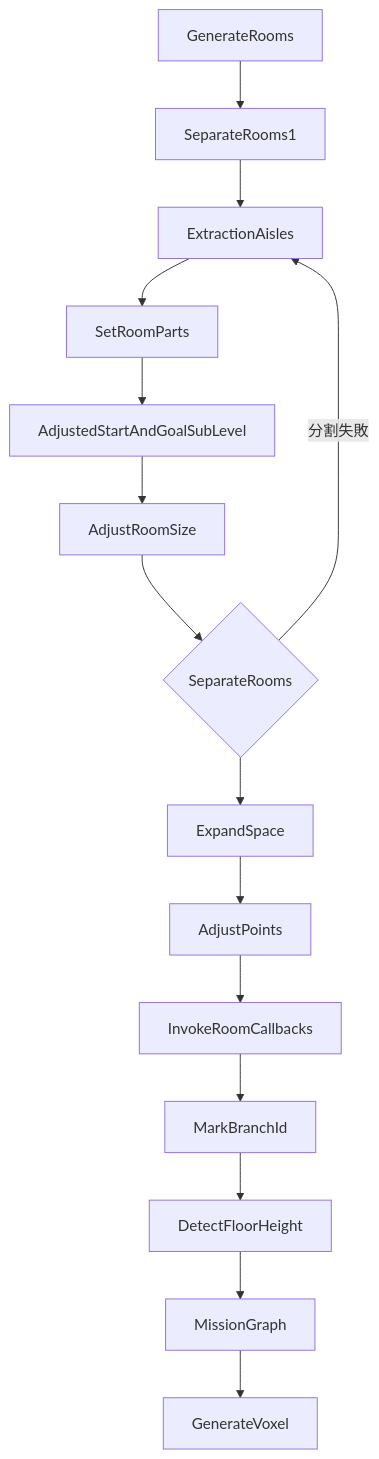
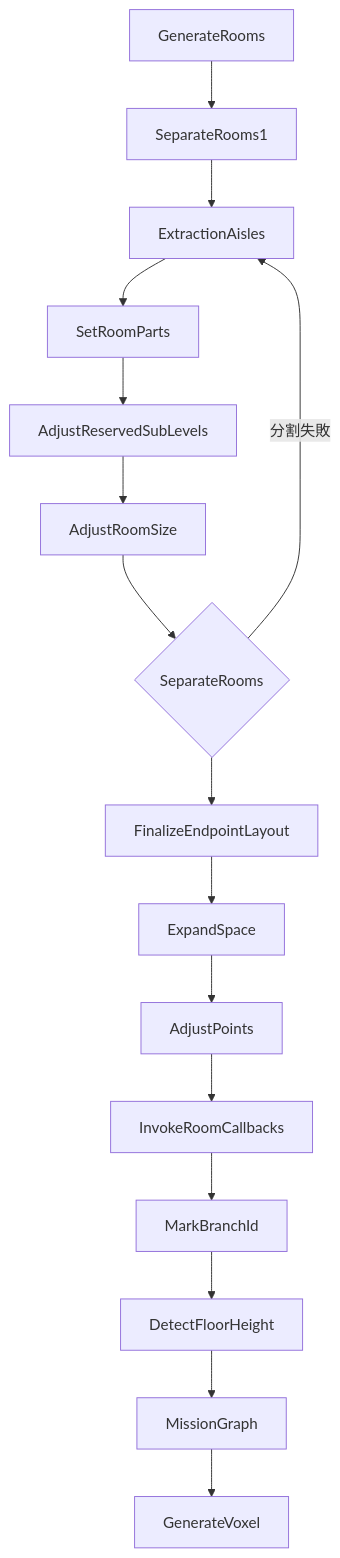
The sixth of 6 diagrams in Source/DungeonGenerator/Private/README.md (shun126/DungeonGenerator), drawn with Mermaid before and after one commit. The commit also changed other lines of this file and 332 other files, not shown here.

````diff
--- a/Source/DungeonGenerator/Private/README.md
+++ b/Source/DungeonGenerator/Private/README.md
@@ -132,18 +133,19 @@
 ```mermaid
 graph TD;
 GenerateRooms --> SeparateRooms1
 SeparateRooms1 --> ExtractionAisles
 ExtractionAisles --> SetRoomParts
-SetRoomParts --> AdjustedStartAndGoalSubLevel
-AdjustedStartAndGoalSubLevel --> AdjustRoomSize
+SetRoomParts --> AdjustReservedSubLevels
+AdjustReservedSubLevels --> AdjustRoomSize
 AdjustRoomSize --> SeparateRooms{ SeparateRooms }
 SeparateRooms --> |分割失敗| ExtractionAisles
-SeparateRooms --> ExpandSpace
+SeparateRooms --> FinalizeEndpointLayout
+FinalizeEndpointLayout --> ExpandSpace
 ExpandSpace --> AdjustPoints
 AdjustPoints --> InvokeRoomCallbacks
 InvokeRoomCallbacks --> MarkBranchId
 MarkBranchId --> DetectFloorHeight
 DetectFloorHeight --> MissionGraph
 MissionGraph --> GenerateVoxel
 
 ```
````
